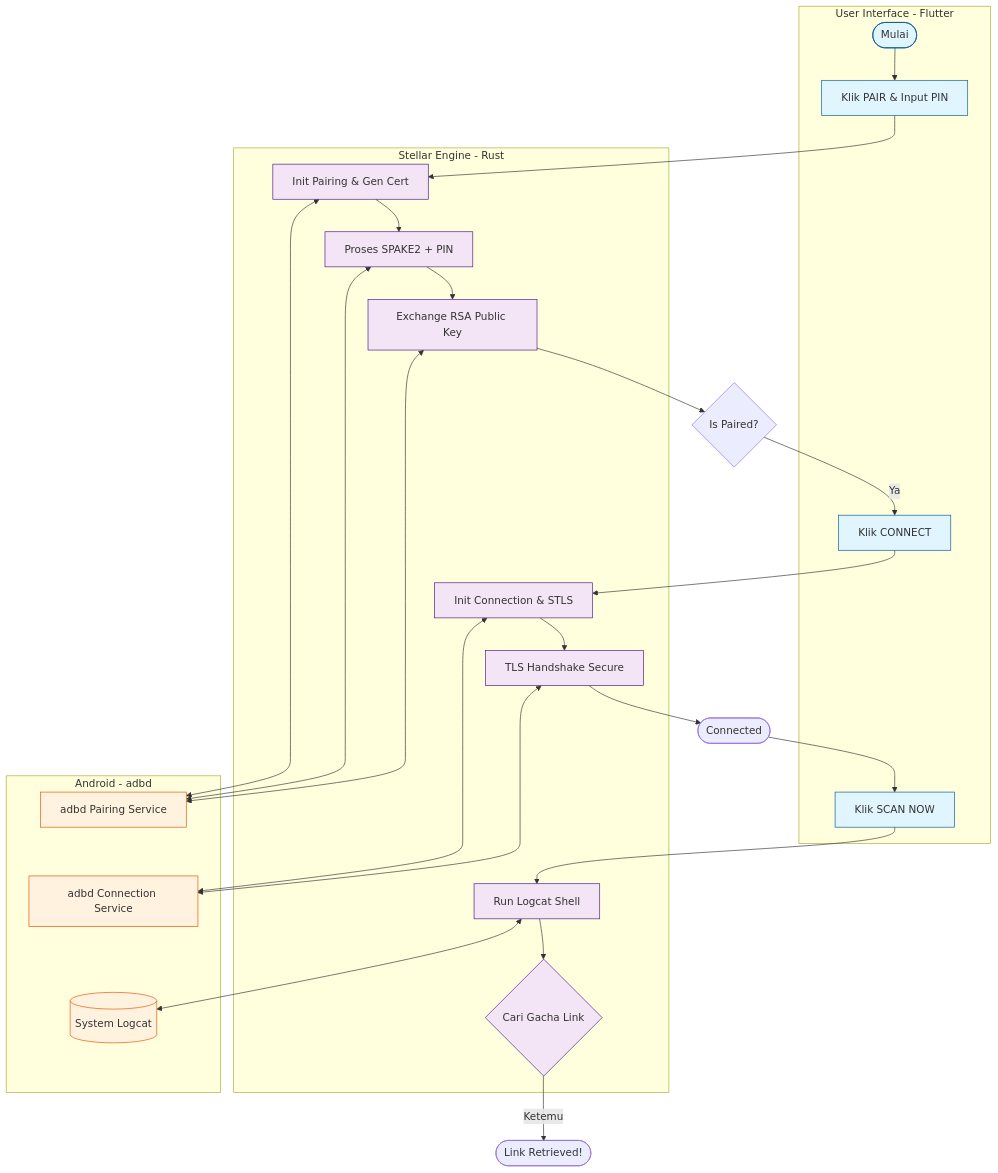
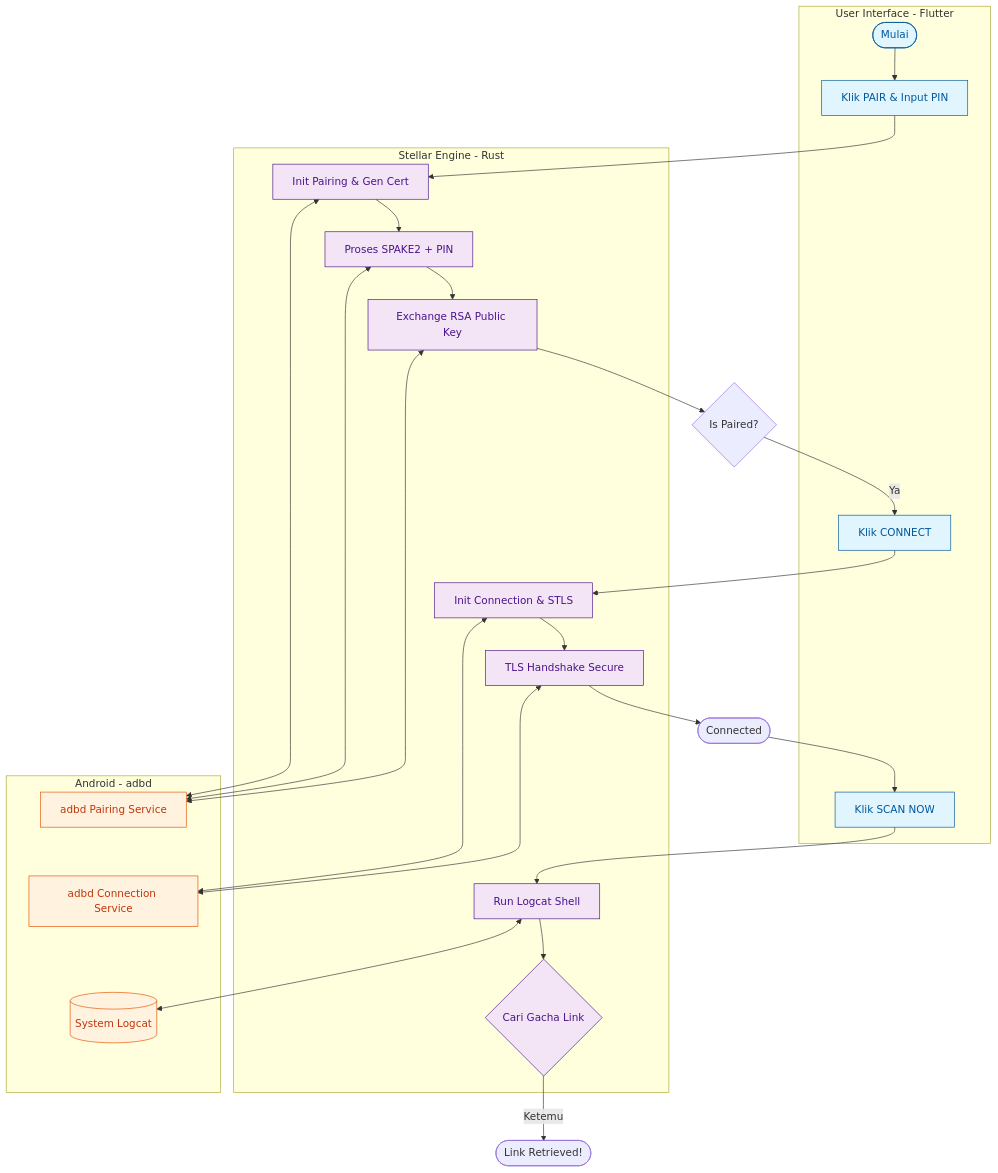
One commit to eLgorythm/Stellar changed the diagram in Flowchart.md. Above: the diagram before and after it, drawn with Mermaid.

````diff
--- a/Flowchart.md
+++ b/Flowchart.md
@@ -5,65 +5,65 @@
 ```mermaid
 graph TD
-    %% Definisi Style agar lebih enak dilihat
-    classDef ui fill:#e1f5fe,stroke:#01579b
-    classDef rust fill:#f3e5f5,stroke:#4a148c
-    classDef adb fill:#fff3e0,stroke:#e65100
+    %% Definisi Style agar lebih enak dilihat dan terbaca jelas
+    classDef ui fill:#e1f5fe,stroke:#01579b,color:#01579b
+    classDef rust fill:#f3e5f5,stroke:#4a148c,color:#4a148c
+    classDef adb fill:#fff3e0,stroke:#e65100,color:#bf360c
 
     subgraph User_Interface [User Interface - Flutter]
         Start([Mulai])
         PairBtn[Klik PAIR & Input PIN]
         ConnBtn[Klik CONNECT]
         ScanBtn[Klik SCAN NOW]
     end
 
     subgraph Stellar_Logic [Stellar Engine - Rust]
         P_Init[Init Pairing & Gen Cert]
         P_SPAKE2[Proses SPAKE2 + PIN]
         P_Peer[Exchange RSA Public Key]
         
         C_Init[Init Connection & STLS]
         C_TLS[TLS Handshake Secure]
         
         S_Log[Run Logcat Shell]
         S_Filt{Cari Gacha Link}
     end
 
     subgraph Android_System [Android - adbd]
         A_Pair[adbd Pairing Service]
         A_Conn[adbd Connection Service]
         A_Log[(System Logcat)]
         
         %% Invisible links to force vertical elongation
         A_Pair ~~~ A_Conn ~~~ A_Log
     end
 
     %% --- ALUR PAIRING ---
     Start --> PairBtn
     PairBtn --> P_Init
     P_Init <--> A_Pair
     P_Init --> P_SPAKE2
     P_SPAKE2 <--> A_Pair
     P_SPAKE2 --> P_Peer
     P_Peer <--> A_Pair
     P_Peer --> Paired{Is Paired?}
 
     %% --- ALUR KONEKSI ---
     Paired -- Ya --> ConnBtn
     ConnBtn --> C_Init
     C_Init <--> A_Conn
     C_Init --> C_TLS
     C_TLS <--> A_Conn
     C_TLS --> Connected([Connected])
 
     %% --- ALUR SCANNING ---
     Connected --> ScanBtn
     ScanBtn --> S_Log
     S_Log <--> A_Log
     S_Log --> S_Filt
     S_Filt -- Ketemu --> Success([Link Retrieved!])
 
     %% Penerapan Style
     class Start,PairBtn,ConnBtn,ScanBtn ui
     class P_Init,P_SPAKE2,P_Peer,C_Init,C_TLS,S_Log,S_Filt rust
     class A_Pair,A_Conn,A_Log adb
 ```
````
